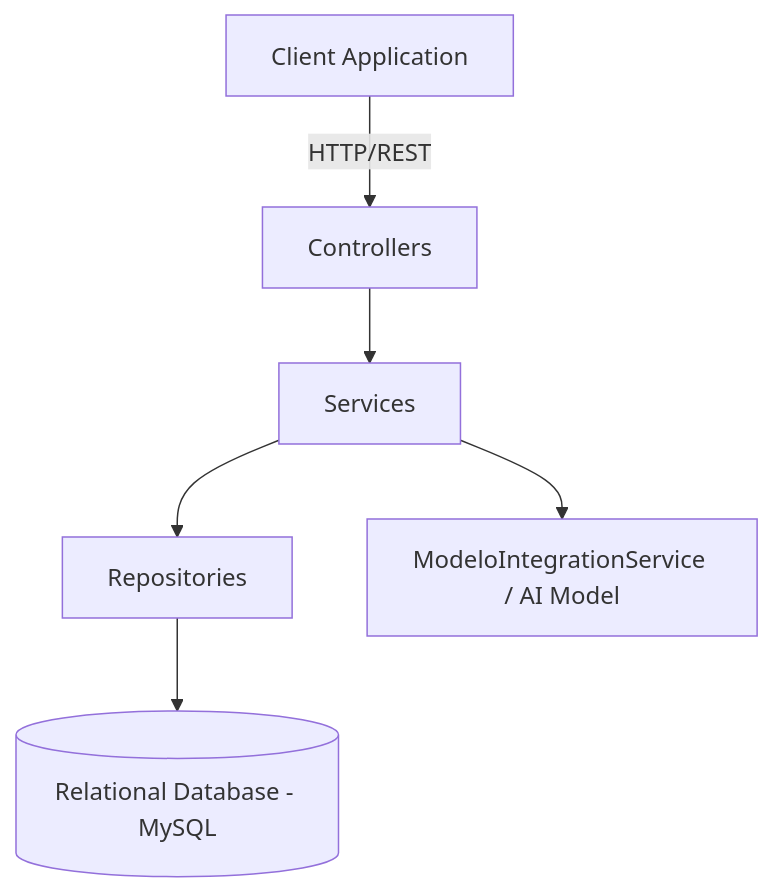
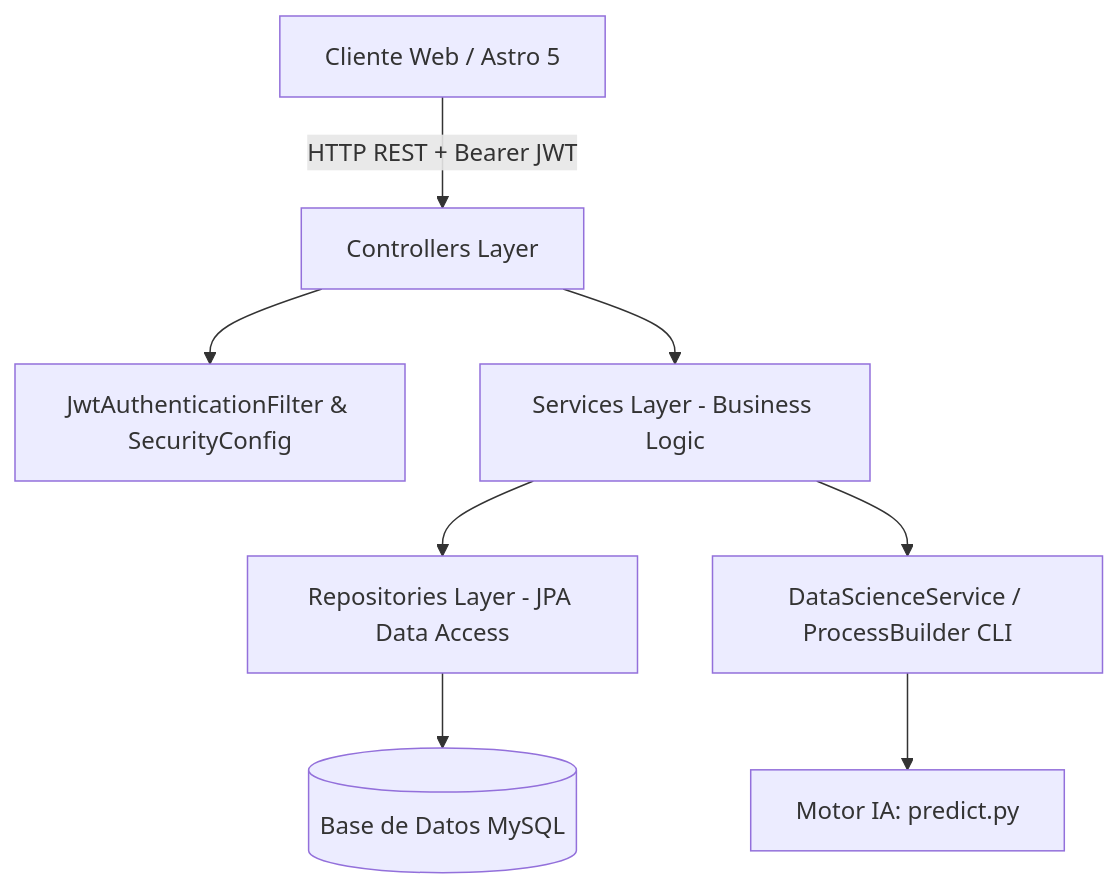
One commit to No-Country-simulation/G9-LATAM-Team-77 changed the first of 3 diagrams in Backend/backend_documentation.md. Above: the diagram before and after it, drawn with Mermaid. The commit also changed other lines of this file and 20 other files, not shown here.

````diff
--- a/Backend/backend_documentation.md
+++ b/Backend/backend_documentation.md
@@ -4,8 +49,10 @@
 ```mermaid
 graph TD
-    Client[Client Application] -->|HTTP/REST| Controllers
-    Controllers --> Services
-    Services --> Repositories
-    Services --> ModeloAI[ModeloIntegrationService / AI Model]
-    Repositories --> DB[(Relational Database - MySQL)]
+    Client[Cliente Web / Astro 5] -->|HTTP REST + Bearer JWT| Controllers[Controllers Layer]
+    Controllers --> Filters[JwtAuthenticationFilter & SecurityConfig]
+    Controllers --> Services[Services Layer - Business Logic]
+    Services --> Repositories[Repositories Layer - JPA Data Access]
+    Services --> PythonBridge[DataScienceService / ProcessBuilder CLI]
+    PythonBridge --> PythonEngine[Motor IA: predict.py]
+    Repositories --> DB[(Base de Datos MySQL)]
 ```
````
